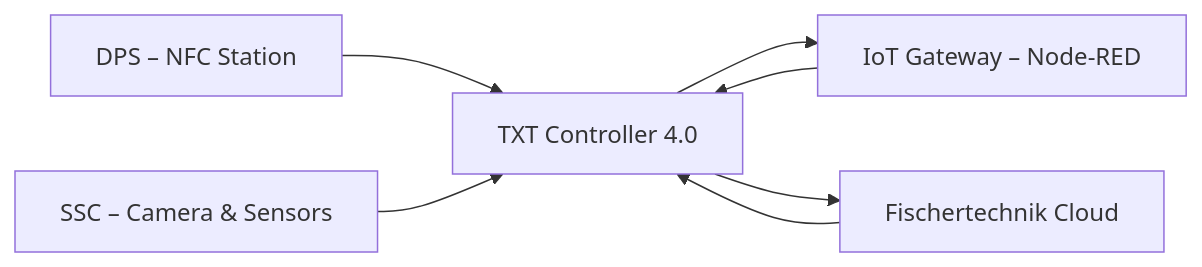
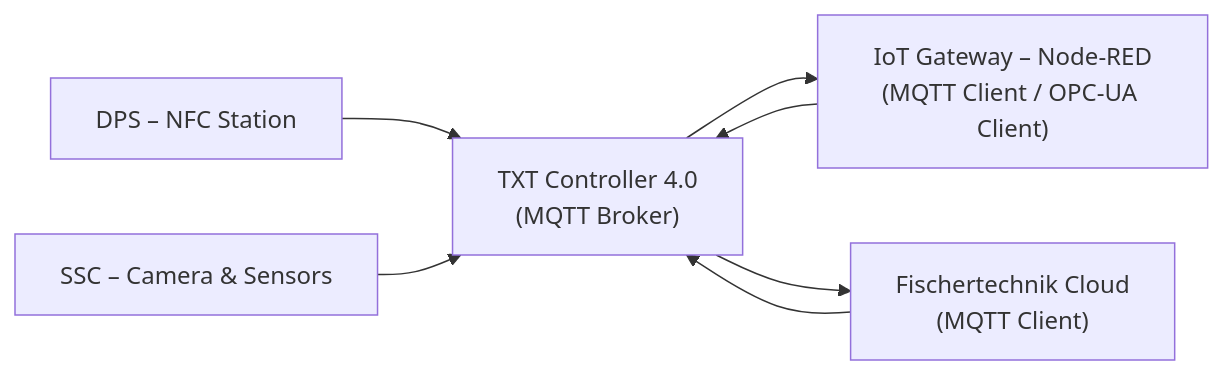
The diagram in microfactory-fischertechnik/02_Componenti_Hardware/02.9_TXT_Controller_4.0.md.md (Youss-elji/my-vault), drawn with Mermaid before and after one commit. The commit also changed other lines of this file and 15 other files, not shown here.

````diff
--- a/microfactory-fischertechnik/02_Componenti_Hardware/02.9_TXT_Controller_4.0.md.md
+++ b/microfactory-fischertechnik/02_Componenti_Hardware/02.9_TXT_Controller_4.0.md.md
@@ -99,15 +148,18 @@
 ```mermaid
 flowchart LR
-  TXT["TXT Controller 4.0"]
-  DPS["DPS – NFC Station"]
-  SSC["SSC – Camera & Sensors"]
-  GATEWAY["IoT Gateway – Node-RED"]
-  CLOUD["Fischertechnik Cloud"]
+  DPS["DPS – NFC Station"]
+  SSC["SSC – Camera & Sensors"]
+  TXT["TXT Controller 4.0<br>(MQTT Broker)"]
+  GATEWAY["IoT Gateway – Node-RED<br>(MQTT Client / OPC-UA Client)"]
+  CLOUD["Fischertechnik Cloud<br>(MQTT Client)"]
 
-  DPS --> TXT
-  SSC --> TXT
-  TXT --> GATEWAY
-  GATEWAY --> TXT
-  TXT --> CLOUD
-  CLOUD --> TXT
+  DPS --> TXT
+  SSC --> TXT
+
+  TXT --> GATEWAY
+  GATEWAY --> TXT
+
+  TXT --> CLOUD
+  CLOUD --> TXT
+
 ```
````
